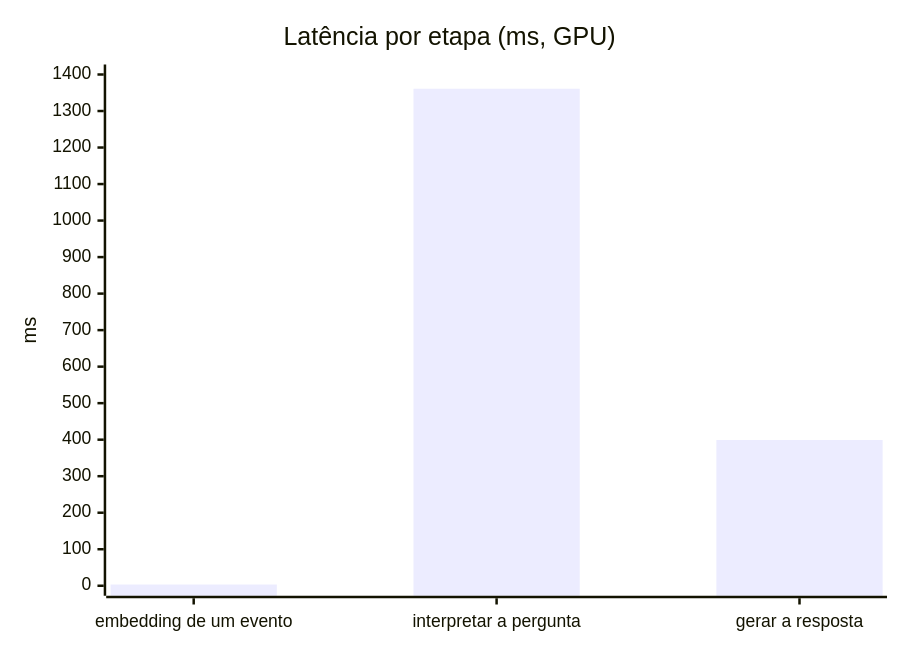
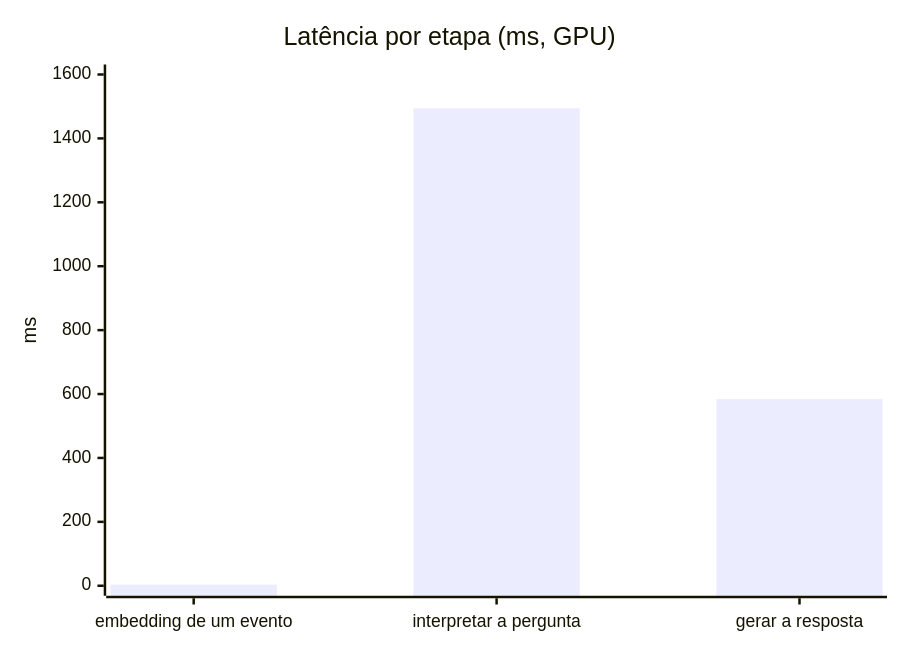
The fourth of 10 diagrams in docs/BENCHMARKS.md (Chipskein/cade), drawn with Mermaid before and after one commit. The commit also changed other lines of this file and 32 other files, not shown here.

````diff
--- a/docs/BENCHMARKS.md
+++ b/docs/BENCHMARKS.md
@@ -70,7 +80,7 @@
 ```mermaid
 xychart-beta
   title "Latência por etapa (ms, GPU)"
   x-axis ["embedding de um evento", "interpretar a pergunta", "gerar a resposta"]
-  y-axis "ms" 0 --> 1400
-  bar [3.4, 1361, 399]
+  y-axis "ms" 0 --> 1600
+  bar [3.5, 1494, 584]
 ```
````
